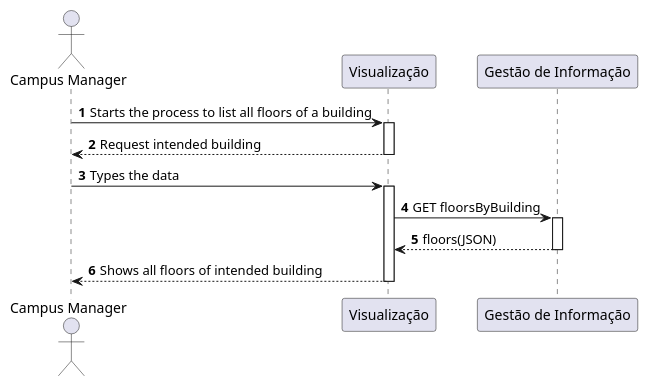
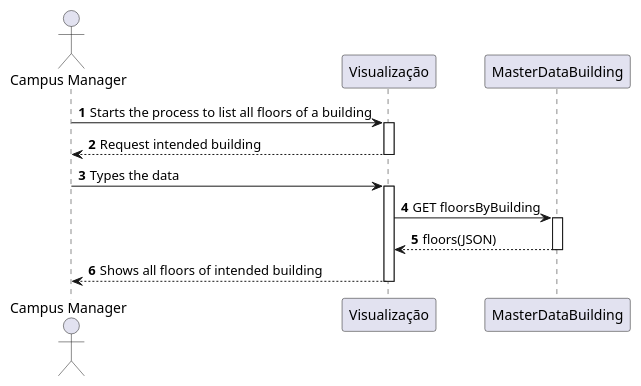
Before and after one commit to Pedro-Pereira1/sem5pi_23_24_g056: the diagram in docs/US_210/Diagrams/SequenceDiagramLevel2.puml, drawn with PlantUML. The commit also changed 7 other files, not shown here.

Commit message:
Updated documentation, updated Us210 documentation completed until point 4.2 "Class Diagram"

```diff
--- a/docs/US_210/Diagrams/SequenceDiagramLevel2.puml
+++ b/docs/US_210/Diagrams/SequenceDiagramLevel2.puml
@@ -1,25 +1,25 @@
 @startuml
 
 autonumber
 actor "Campus Manager" as CM
 participant Visualização
-participant "Gestão de Informação" as GI
+participant "MasterDataBuilding" as GI
 
 CM -> Visualização: Starts the process to list all floors of a building
 activate Visualização
 Visualização --> CM:  Request intended building
 deactivate Visualização
 
 CM -> Visualização: Types the data
 activate Visualização
 
 Visualização -> GI: GET floorsByBuilding
 activate GI
 GI --> Visualização: floors(JSON)
 deactivate GI
 
 CM <-- Visualização: Shows all floors of intended building
 deactivate Visualização
 
 
 @enduml
```
